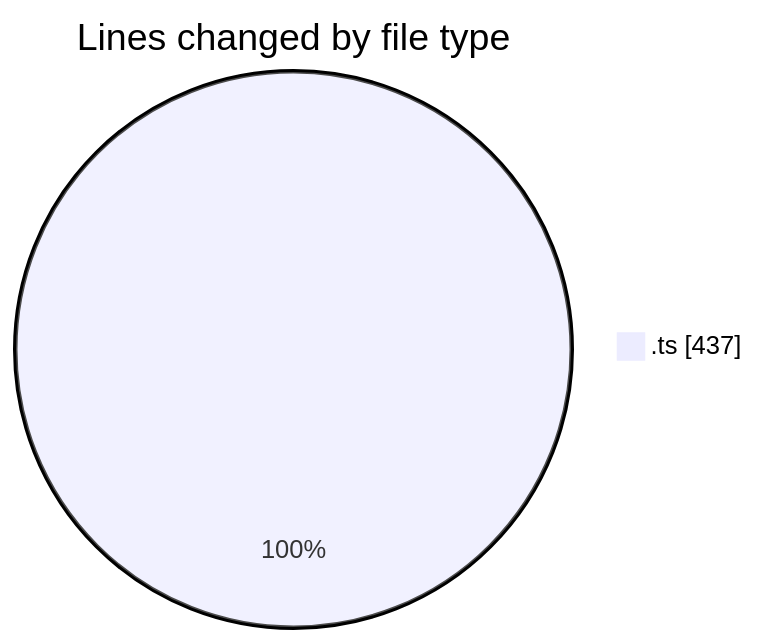
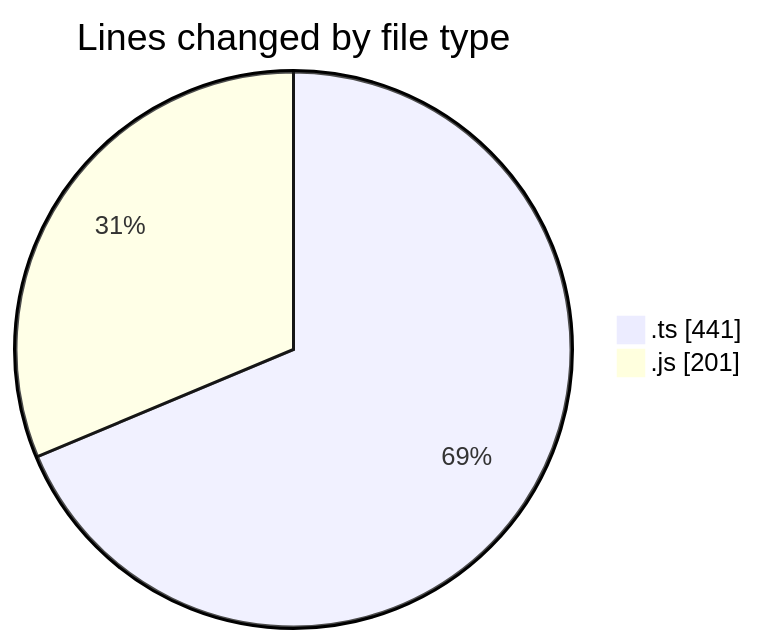
Before and after one commit to momahboobian/code-tracking: the first of 2 diagrams in 2025-05-20/cda/README.md, drawn with Mermaid. The commit also changed other lines of this file and 1 other file, not shown here.

````diff
--- a/2025-05-20/cda/README.md
+++ b/2025-05-20/cda/README.md
@@ -22,5 +23,6 @@
 ```mermaid
 pie showData
 title Lines changed by file type
-".ts" : 437
+".ts" : 441
+".js" : 201
 ```
````
